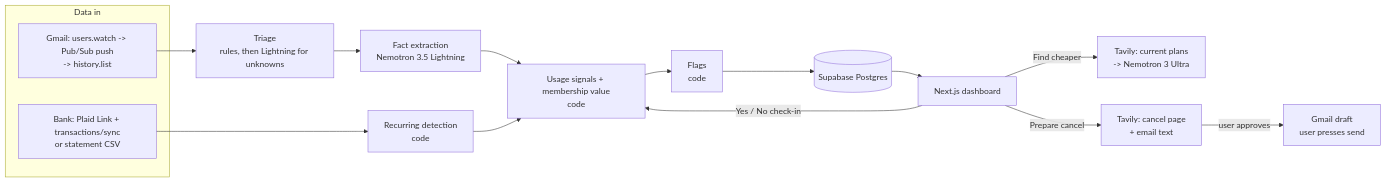
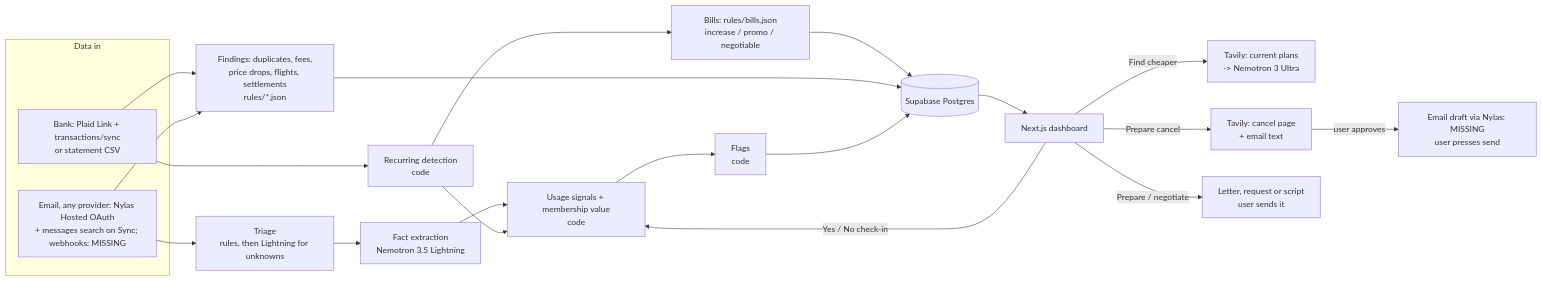
Before and after one commit to MadhavMandala/ClawBack: the diagram in docs/ARCHITECTURE.md, drawn with Mermaid. The commit also changed other lines of this file and 51 other files, not shown here.

First line of the commit message:
Connect email and bank, and find bills, charges, refunds and settlements

````diff
--- a/docs/ARCHITECTURE.md
+++ b/docs/ARCHITECTURE.md
@@ -49,19 +57,25 @@
 ```mermaid
 flowchart LR
   subgraph In[Data in]
     P[Bank: Plaid Link + transactions/sync<br/>or statement CSV]
-    G[Gmail: users.watch -> Pub/Sub push<br/>-> history.list]
+    G[Email, any provider: Nylas Hosted OAuth<br/>+ messages search on Sync; webhooks: MISSING]
   end
   P --> R[Recurring detection<br/>code]
   G --> T[Triage<br/>rules, then Lightning for unknowns]
   T --> X[Fact extraction<br/>Nemotron 3.5 Lightning]
   X --> U[Usage signals + membership value<br/>code]
   R --> U
   U --> F[Flags<br/>code]
+  R --> B[Bills: rules/bills.json<br/>increase / promo / negotiable]
+  P --> M[Findings: duplicates, fees,<br/>price drops, flights, settlements<br/>rules/*.json]
+  G --> M
+  B --> DB
+  M --> DB
   F --> DB[(Supabase Postgres)]
   DB --> UI[Next.js dashboard]
   UI -->|Find cheaper| A[Tavily: current plans<br/>-> Nemotron 3 Ultra]
   UI -->|Prepare cancel| C[Tavily: cancel page<br/>+ email text]
-  C -->|user approves| D[Gmail draft<br/>user presses send]
+  C -->|user approves| D[Email draft via Nylas: MISSING<br/>user presses send]
   UI -->|Yes / No check-in| U
+  UI -->|Prepare / negotiate| AP[Letter, request or script<br/>user sends it]
 ```
````
